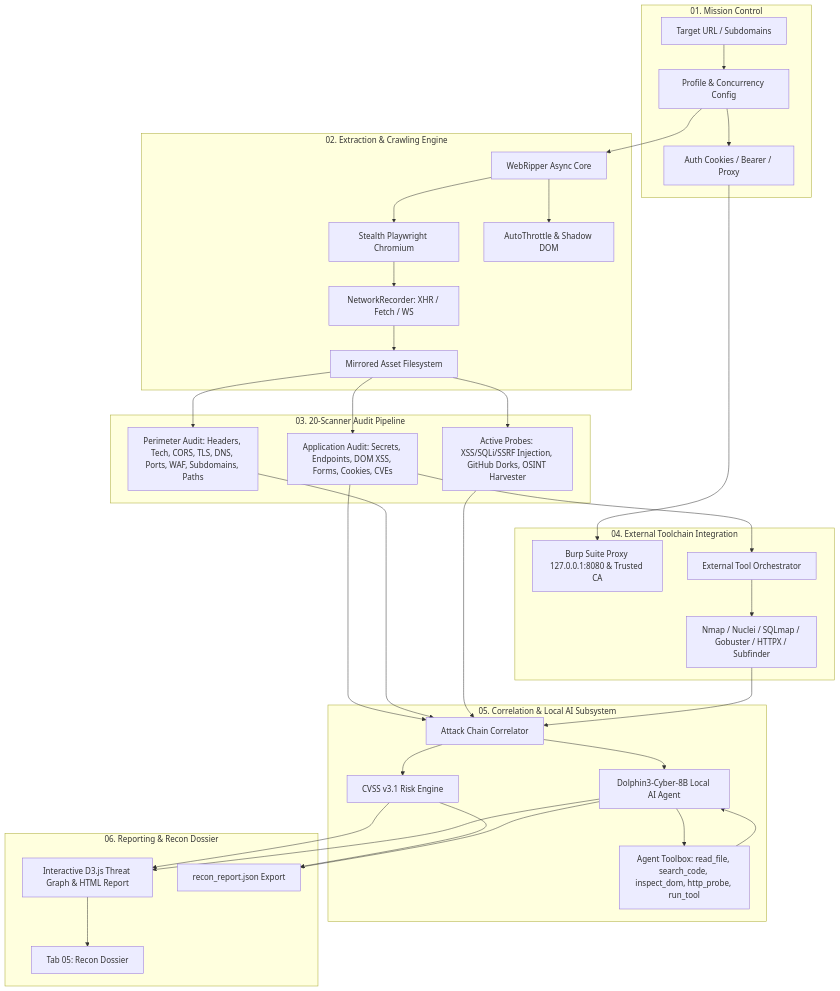
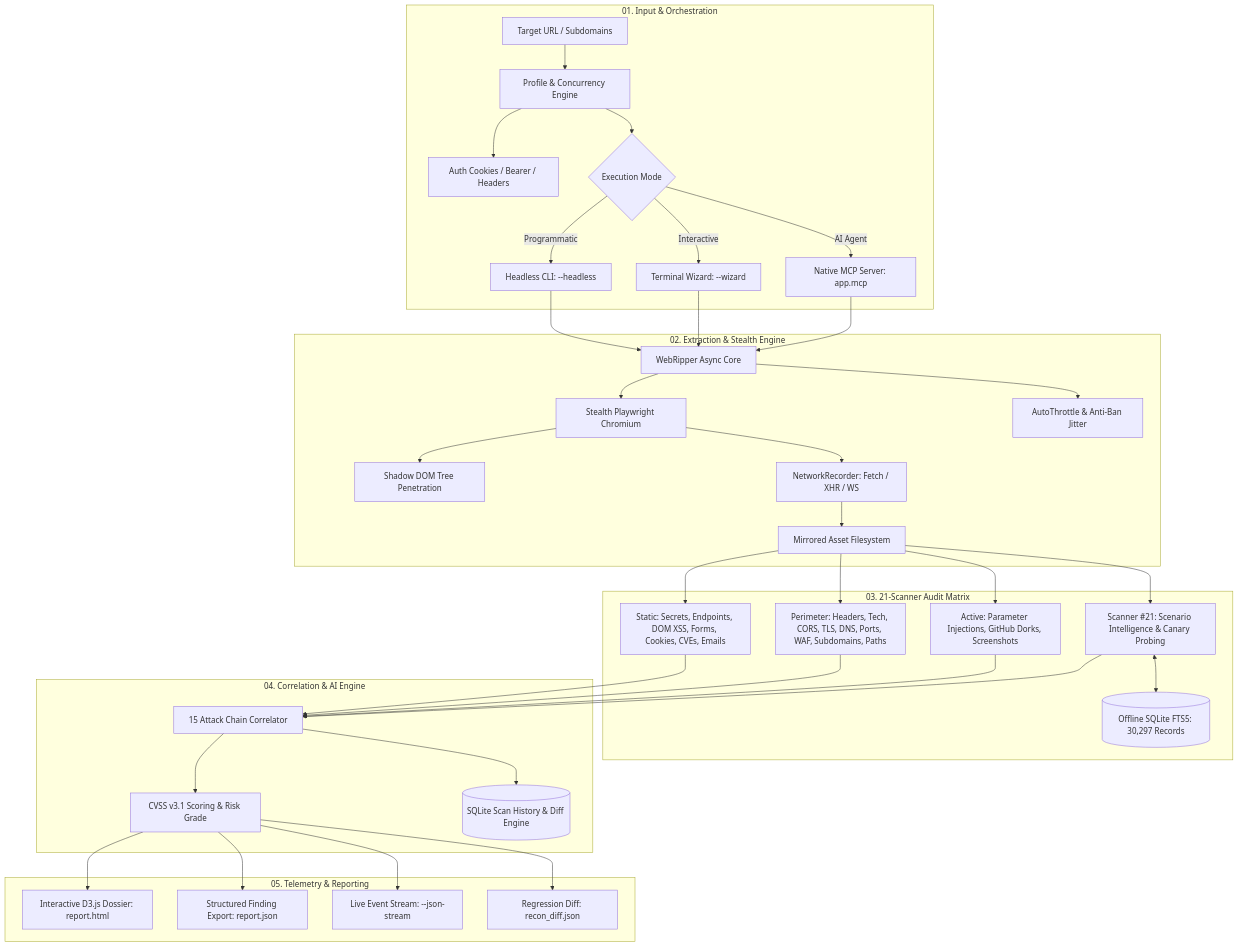
The diagram in README.md (Godswillplay/webripper), drawn with Mermaid before and after one commit. The commit also changed other lines of this file and 7 other files, not shown here.

````diff
--- a/README.md
+++ b/README.md
@@ -44,41 +44,41 @@
 ```mermaid
 flowchart TD
-    subgraph INPUT [01. Mission Control]
-        Target[Target URL / Subdomains] --> Config[Profile & Concurrency Config]
-        Config --> Auth[Auth Cookies / Bearer / Proxy]
+    subgraph INGEST [01. Input & Orchestration]
+        Target[Target URL / Subdomains] --> Config[Profile & Concurrency Engine]
+        Config --> Auth[Auth Cookies / Bearer / Headers]
+        Config --> Mode{Execution Mode}
+        Mode -->|Interactive| Wizard[Terminal Wizard: --wizard]
+        Mode -->|Programmatic| Headless[Headless CLI: --headless]
+        Mode -->|AI Agent| MCP[Native MCP Server: app.mcp]
     end
 
-    subgraph ENGINE [02. Extraction & Crawling Engine]
-        Config --> Ripper[WebRipper Async Core]
+    subgraph CRAWL [02. Extraction & Stealth Engine]
+        Headless & Wizard & MCP --> Ripper[WebRipper Async Core]
         Ripper --> Playwright[Stealth Playwright Chromium]
-        Ripper --> Scrapling[AutoThrottle & Shadow DOM]
-        Playwright --> Recorder[NetworkRecorder: XHR / Fetch / WS]
+        Ripper --> Throttle[AutoThrottle & Anti-Ban Jitter]
+        Playwright --> ShadowDOM[Shadow DOM Tree Penetration]
+        Playwright --> Recorder[NetworkRecorder: Fetch / XHR / WS]
         Recorder --> Mirror[Mirrored Asset Filesystem]
     end
 
-    subgraph AUDIT [03. 20-Scanner Audit Pipeline]
-        Mirror --> AppSec[Application Audit: Secrets, Endpoints, DOM XSS, Forms, Cookies, CVEs]
-        Mirror --> InfraSec[Perimeter Audit: Headers, Tech, CORS, TLS, DNS, Ports, WAF, Subdomains, Paths]
-        Mirror --> ActiveSec[Active Probes: XSS/SQLi/SSRF Injection, GitHub Dorks, OSINT Harvester]
+    subgraph AUDIT [03. 21-Scanner Audit Matrix]
+        Mirror --> StaticAudit[Static: Secrets, Endpoints, DOM XSS, Forms, Cookies, CVEs, Emails]
+        Mirror --> InfraAudit[Perimeter: Headers, Tech, CORS, TLS, DNS, Ports, WAF, Subdomains, Paths]
+        Mirror --> ActiveAudit[Active: Parameter Injections, GitHub Dorks, Screenshots]
+        Mirror --> IntelAudit[Scanner #21: Scenario Intelligence & Canary Probing]
+        IntelAudit <--> IntelDB[(Offline SQLite FTS5: 30,297 Records)]
     end
 
-    subgraph TOOLS [04. External Toolchain Integration]
-        Auth --> Burp[Burp Suite Proxy 127.0.0.1:8080 & Trusted CA]
-        AppSec --> ToolRunner[External Tool Orchestrator]
-        ToolRunner --> Binaries[Nmap / Nuclei / SQLmap / Gobuster / HTTPX / Subfinder]
+    subgraph BRAIN [04. Correlation & AI Engine]
+        StaticAudit & InfraAudit & ActiveAudit & IntelAudit --> Correlator[15 Attack Chain Correlator]
+        Correlator --> CVSS[CVSS v3.1 Scoring & Risk Grade]
+        Correlator --> History[(SQLite Scan History & Diff Engine)]
     end
 
-    subgraph BRAIN [05. Correlation & Local AI Subsystem]
-        AppSec & InfraSec & ActiveSec & Binaries --> Correlator[Attack Chain Correlator]
-        Correlator --> CVSS[CVSS v3.1 Risk Engine]
-        Correlator --> AI[Dolphin3-Cyber-8B Local AI Agent]
-        AI --> Tools[Agent Toolbox: read_file, search_code, inspect_dom, http_probe, run_tool]
-        Tools --> AI
-    end
-
-    subgraph OUTPUT [06. Reporting & Recon Dossier]
-        CVSS & AI --> HTMLReport[Interactive D3.js Threat Graph & HTML Report]
-        CVSS & AI --> JSONReport[recon_report.json Export]
-        HTMLReport --> DossierUI[Tab 05: Recon Dossier]
+    subgraph OUTPUT [05. Telemetry & Reporting]
+        CVSS --> HTML[Interactive D3.js Dossier: report.html]
+        CVSS --> JSON[Structured Finding Export: report.json]
+        CVSS --> NDJSON[Live Event Stream: --json-stream]
+        CVSS --> Diff[Regression Diff: recon_diff.json]
     end
 ```
````
